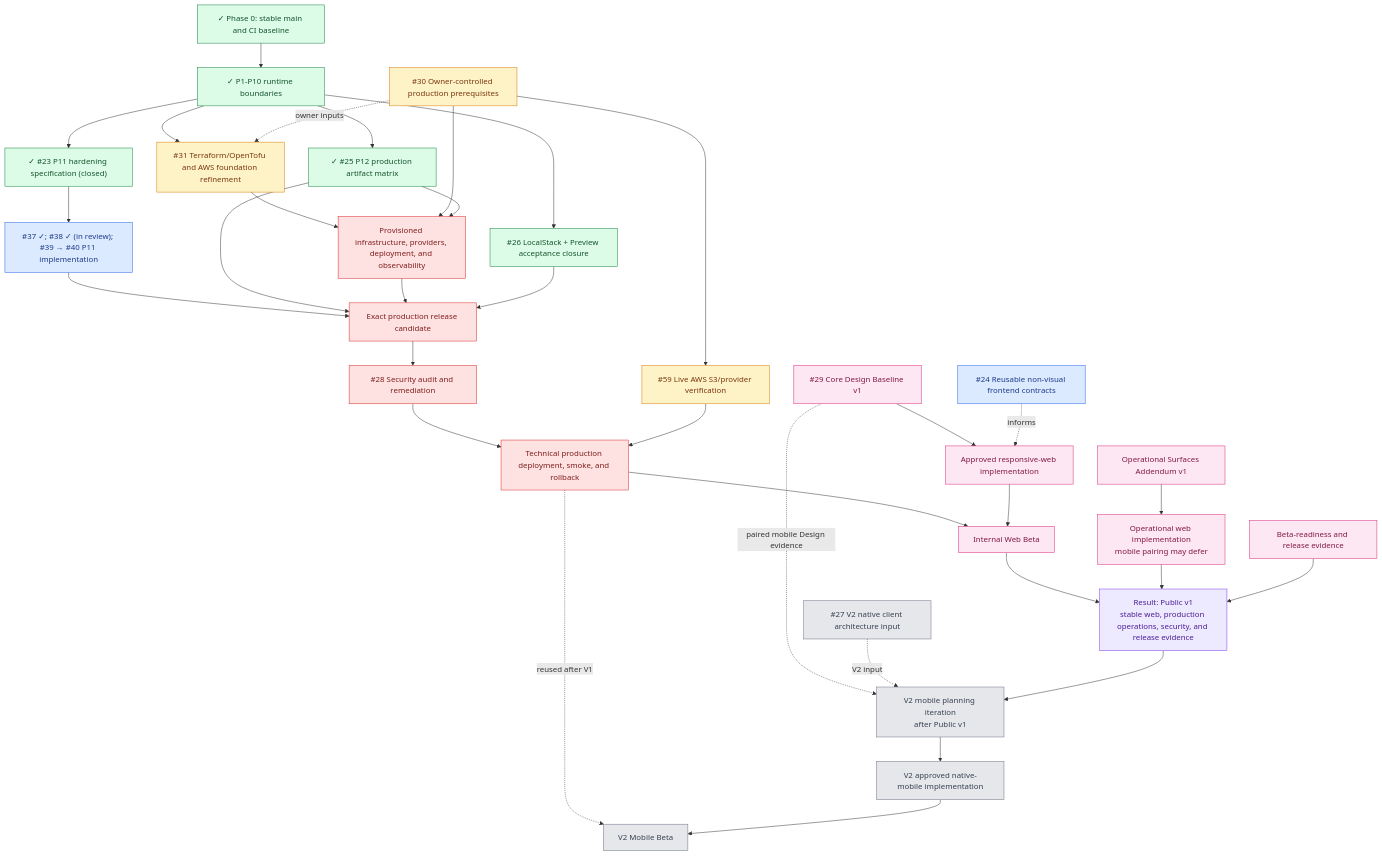
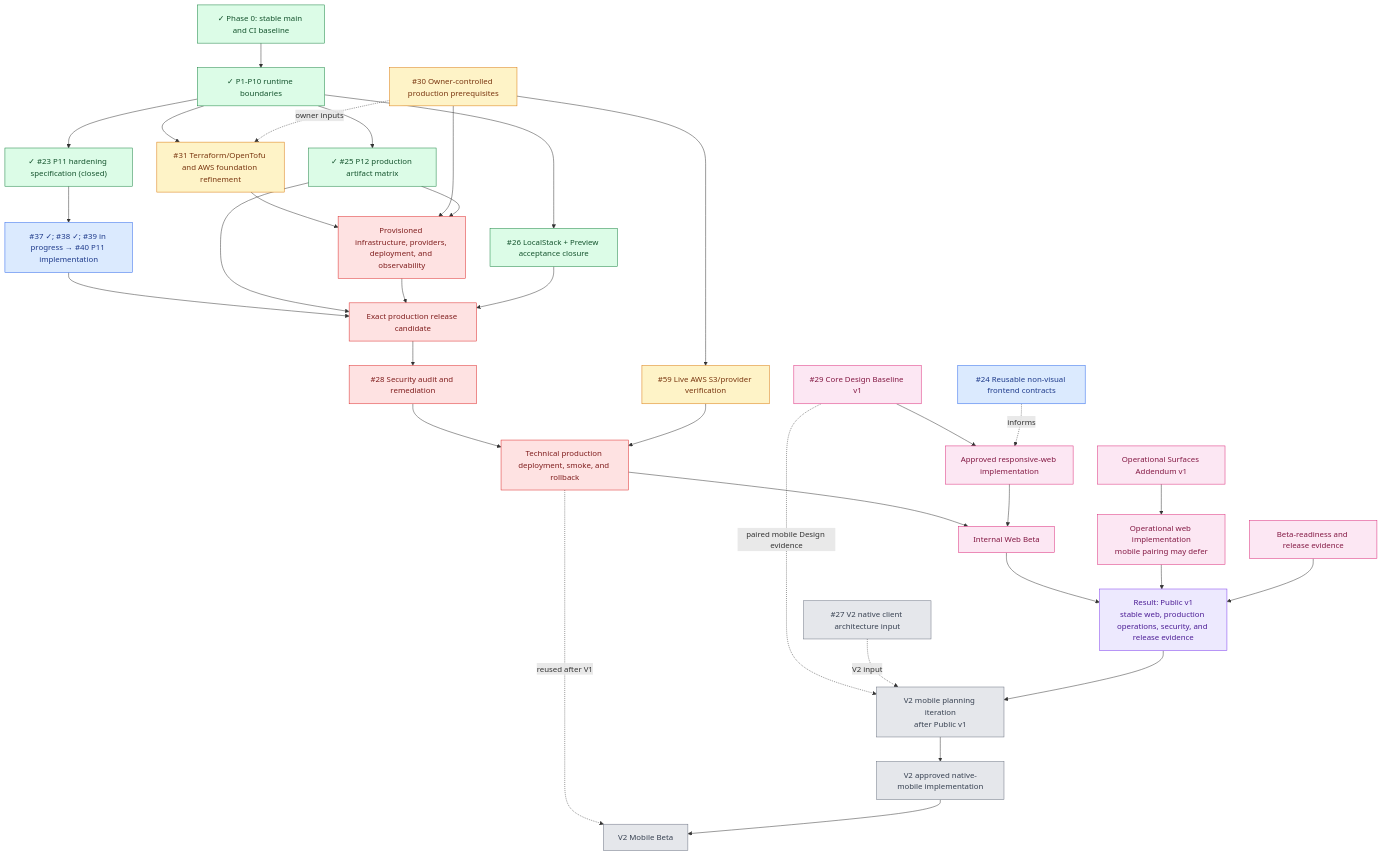
The third of 3 diagrams in docs/roadmap.md (starkovalera/recipe-manager), drawn with Mermaid before and after one commit. The commit also changed other lines of this file and 15 other files, not shown here.

```diff
--- a/docs/roadmap.md
+++ b/docs/roadmap.md
@@ -171,7 +171,7 @@
   runtime["✓ P1-P10 runtime boundaries"]
 
   p11["✓ #23 P11 hardening specification (closed)"]
-  p11Implementation["#37 ✓; #38 ✓ (in review); #39 → #40 P11 implementation"]
+  p11Implementation["#37 ✓; #38 ✓; #39 in progress → #40 P11 implementation"]
   p12["✓ #25 P12 production artifact matrix"]
   localstack["#26 LocalStack + Preview acceptance closure"]
   liveAws["#59 Live AWS S3/provider verification"]
```
